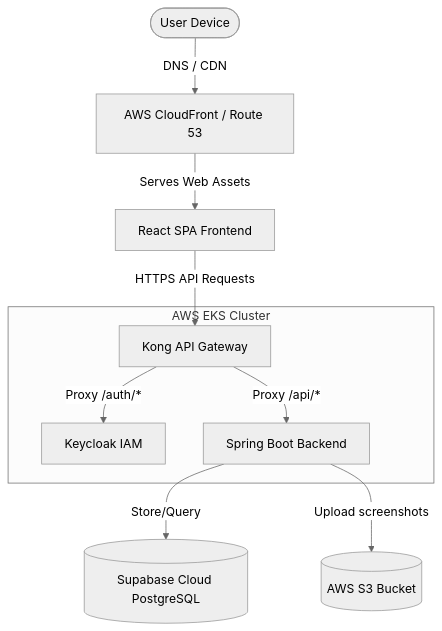
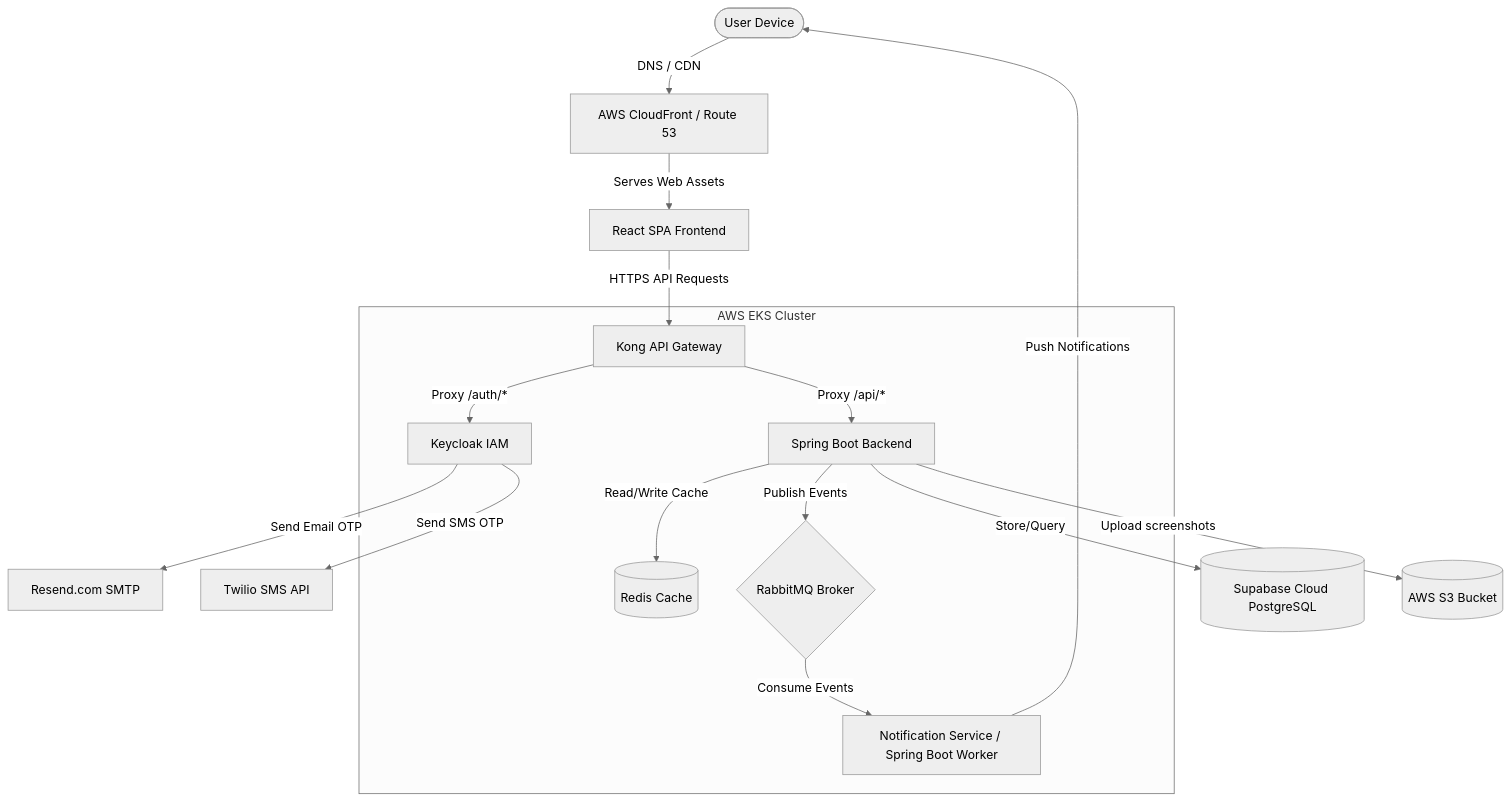
One commit to pec-developers/pec-events-app changed the first of 2 diagrams in docs/hld.md. Above: the diagram before and after it, drawn with Mermaid (neutral theme). The commit also changed other lines of this file and 17 other files, not shown here.

First line of the commit message:
docs: archive documentation initialization and refine event flow specifications

````diff
--- a/docs/hld.md
+++ b/docs/hld.md
@@ -7,14 +7,21 @@
 ```mermaid
 graph TD
     User([User Device]) -->|DNS / CDN| CF[AWS CloudFront / Route 53]
     CF -->|Serves Web Assets| Frontend[React SPA Frontend]
     Frontend -->|HTTPS API Requests| Kong[Kong API Gateway]
     
     subgraph EKS [AWS EKS Cluster]
         Kong -->|Proxy /auth/*| Keycloak[Keycloak IAM]
         Kong -->|Proxy /api/*| SpringBoot[Spring Boot Backend]
+        SpringBoot -->|Read/Write Cache| Redis[(Redis Cache)]
+        SpringBoot -->|Publish Events| RabbitMQ{RabbitMQ Broker}
+        RabbitMQ -->|Consume Events| NotificationWorker[Notification Service / Spring Boot Worker]
     end
+    
+    Keycloak -->|Send Email OTP| Resend[Resend.com SMTP]
+    Keycloak -->|Send SMS OTP| Twilio[Twilio SMS API]
     
     SpringBoot -->|Store/Query| Supabase[(Supabase Cloud PostgreSQL)]
     SpringBoot -->|Upload screenshots| S3[(AWS S3 Bucket)]
+    NotificationWorker -->|Push Notifications| User
 ```
````
